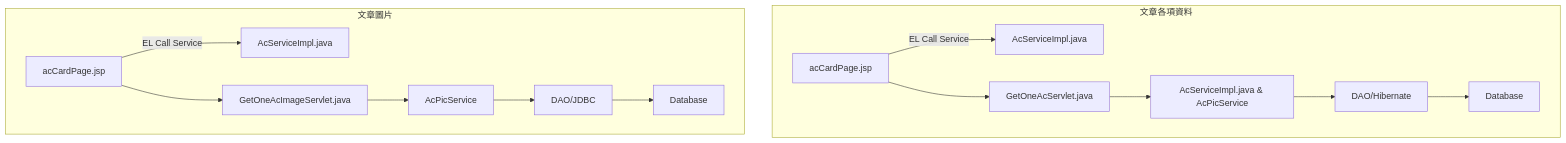
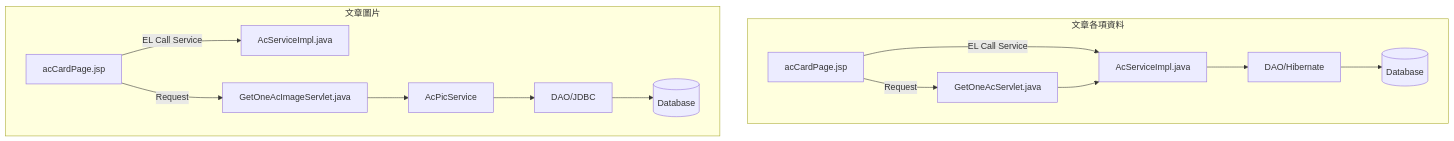
The ninth of 12 diagrams in README.md (TLexYuW/CGA103G1OwnPart), drawn with Mermaid before and after one commit.

Commit message:
LexVaultBackup: 2022-09-12 19:18:35
Affected files:
README.md

````diff
--- a/README.md
+++ b/README.md
@@ -218,14 +218,14 @@
 ```mermaid
 graph 
 	subgraph 文章各項資料
 	acCP -->|EL Call Service| AcSI[AcServiceImpl.java]
-	acCP[acCardPage.jsp] --> GOAS[GetOneAcServlet.java] 
-	--> AcSIAcPS[AcServiceImpl.java & AcPicService] --> H[DAO/Hibernate] --> DB[Database]
+	acCP[acCardPage.jsp] -->|Request| GOAS[GetOneAcServlet.java] 
+	--> AcSI[AcServiceImpl.java] --> H[DAO/Hibernate] --> DB[(Database)]
 	end
 	
 	subgraph 文章圖片
 	acCP2 -->|EL Call Service| AcSI2[AcServiceImpl.java]
-	acCP2[acCardPage.jsp] --> GOAIS[GetOneAcImageServlet.java] 
-	--> AcPS[AcPicService] --> DAO[DAO/JDBC] --> DB2[Database]
+	acCP2[acCardPage.jsp] -->|Request| GOAIS[GetOneAcImageServlet.java] 
+	--> AcPS[AcPicService] --> DAO[DAO/JDBC] --> DB2[(Database)]
 	end	
 ```
````
